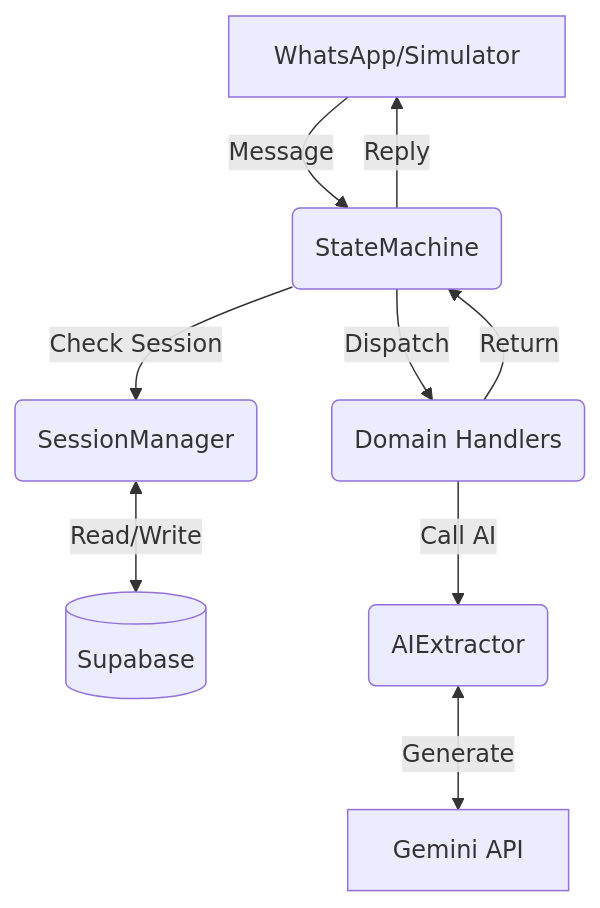
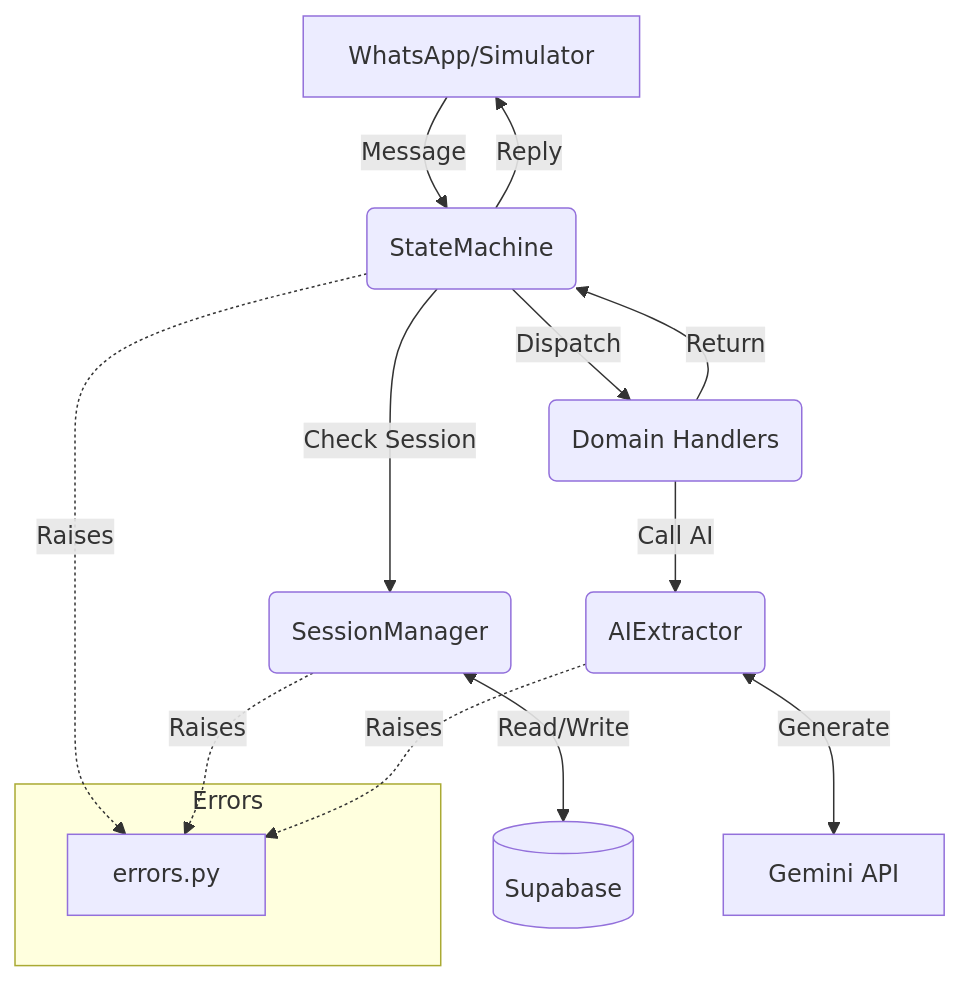
The diagram in WA_TOOLKIT_DESIGN.md (CuriousLearner2/wa_toolkit), drawn with Mermaid before and after one commit. The commit also changed other lines of this file, not shown here.

Commit message:
docs: finalized design with Mermaid errors, API integrity, and roadmap sync

````diff
--- a/WA_TOOLKIT_DESIGN.md
+++ b/WA_TOOLKIT_DESIGN.md
@@ -12,11 +12,18 @@
 ```mermaid
 graph TD
     A[WhatsApp/Simulator] -->|Message| B(StateMachine)
     B -->|Check Session| C(SessionManager)
     C <-->|Read/Write| D[(Supabase)]
     B -->|Dispatch| E(Domain Handlers)
     E -->|Call AI| F(AIExtractor)
     F <-->|Generate| G[Gemini API]
     E -->|Return| B
     B -->|Reply| A
+    
+    subgraph Errors
+    H[errors.py]
+    end
+    B -.->|Raises| H
+    C -.->|Raises| H
+    F -.->|Raises| H
 ```
````
